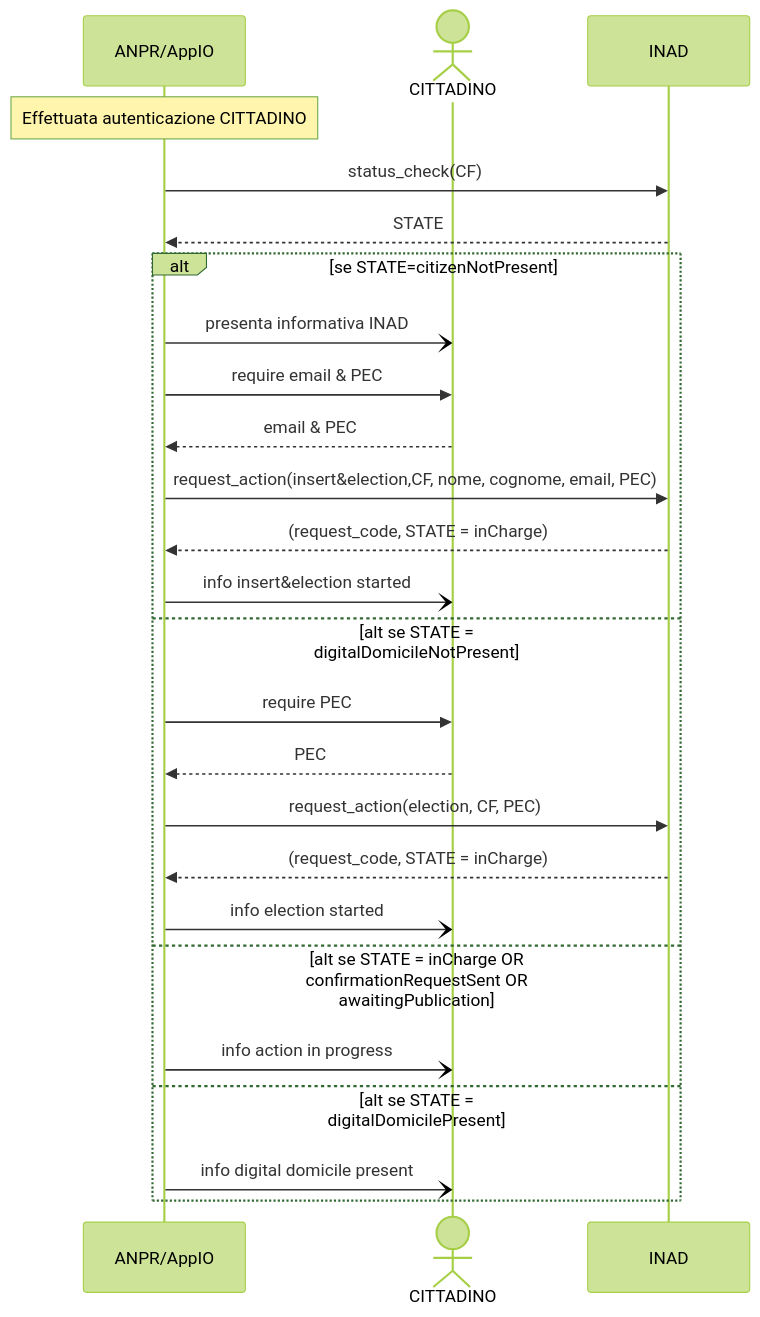
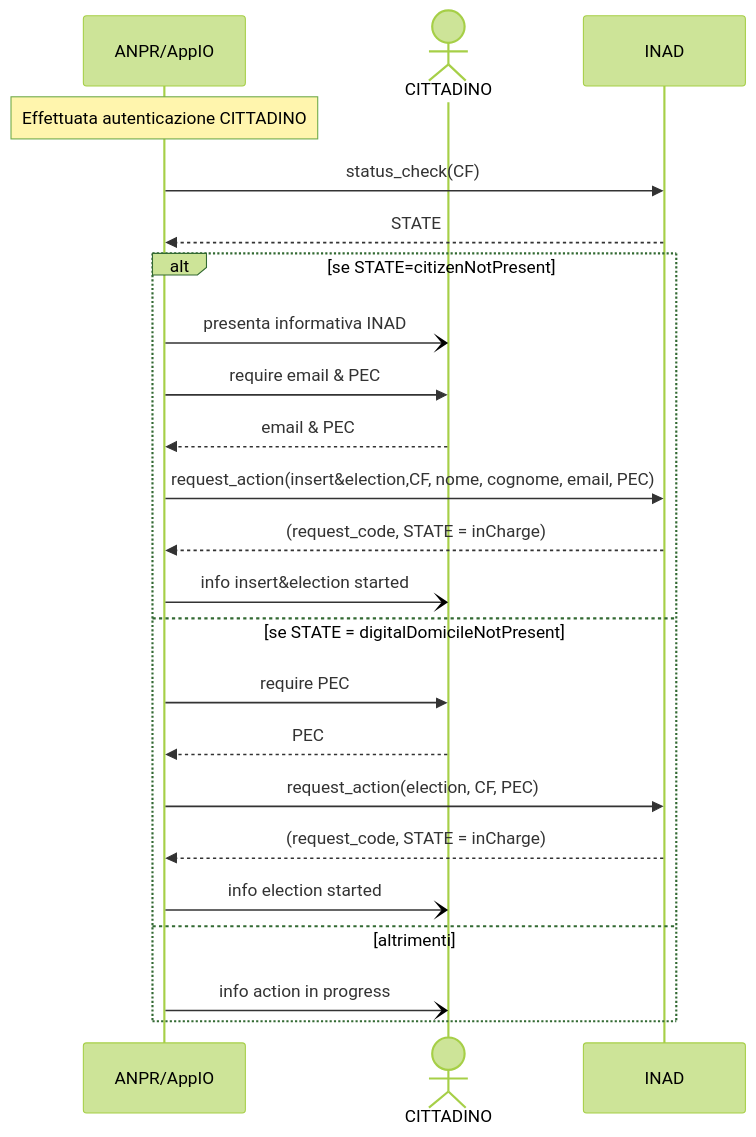
Before and after one commit to ioggstream/verify_integration_INAD_with_ANPR-IO: the diagram in mermind/UC001.md, drawn with Mermaid (forest theme). The commit also changed 10 other files, not shown here.

````diff
--- a/mermind/UC001.md
+++ b/mermind/UC001.md
@@ -3,35 +3,31 @@
 ```mermaid
 sequenceDiagram
   participant A as ANPR/AppIO
   actor C as CITTADINO
   participant I as INAD
 
   Note over A: Effettuata autenticazione CITTADINO
 
   A ->> I: status_check(CF)
   I -->> A: STATE
 
   alt se STATE=citizenNotPresent 
     A -) C: presenta informativa INAD
     A ->> C: require email & PEC
     C -->> A: email & PEC
     A ->> I: request_action(insert&election,CF, nome, cognome, email, PEC)
     I -->> A: (request_code, STATE = inCharge)
     A -) C: info insert&election started
 
-  else alt se STATE = digitalDomicileNotPresent 
+  else se STATE = digitalDomicileNotPresent 
     A ->> C: require PEC
     C -->> A: PEC
     A ->> I: request_action(election, CF, PEC)
     I -->> A: (request_code, STATE = inCharge)
     A -) C: info election started
 
-  else alt se STATE = inCharge OR confirmationRequestSent OR awaitingPublication
+  else altrimenti
     A -) C: info action in progress
-
-  else alt se STATE = digitalDomicilePresent
-    A -) C: info digital domicile present
-
   end
 
   ```
````
